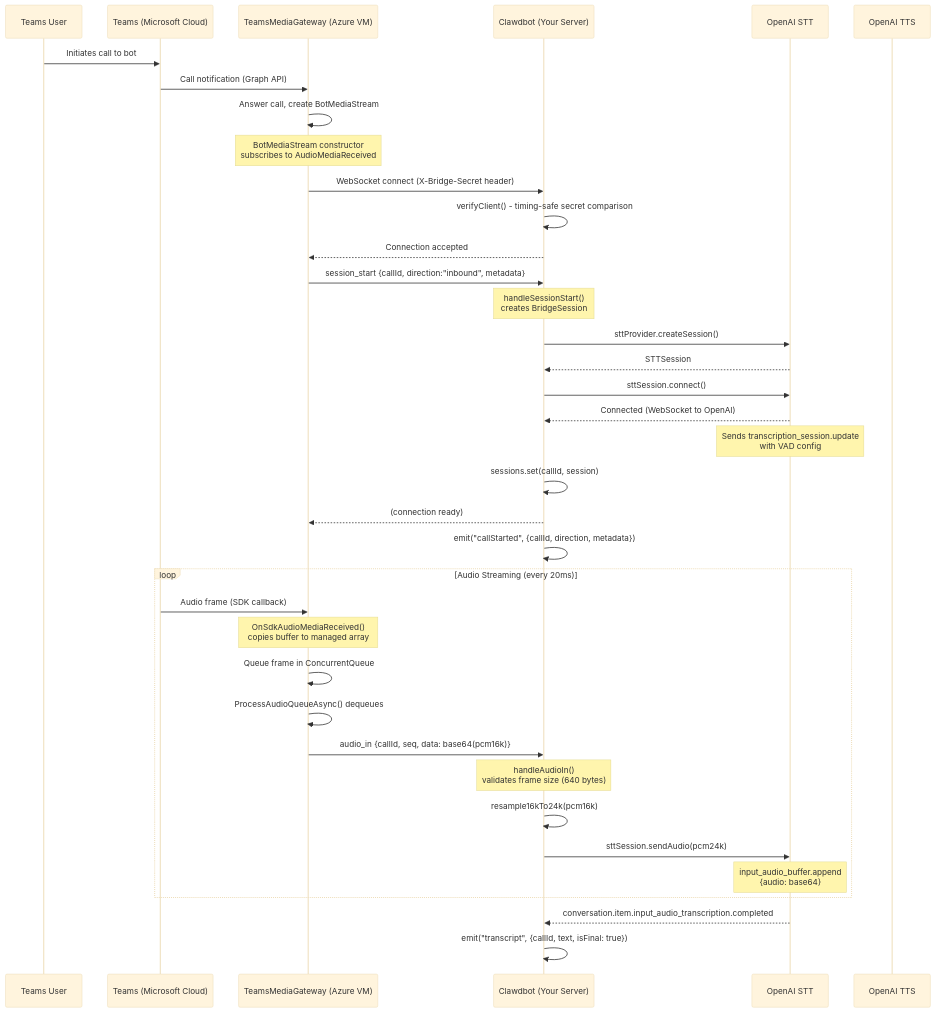
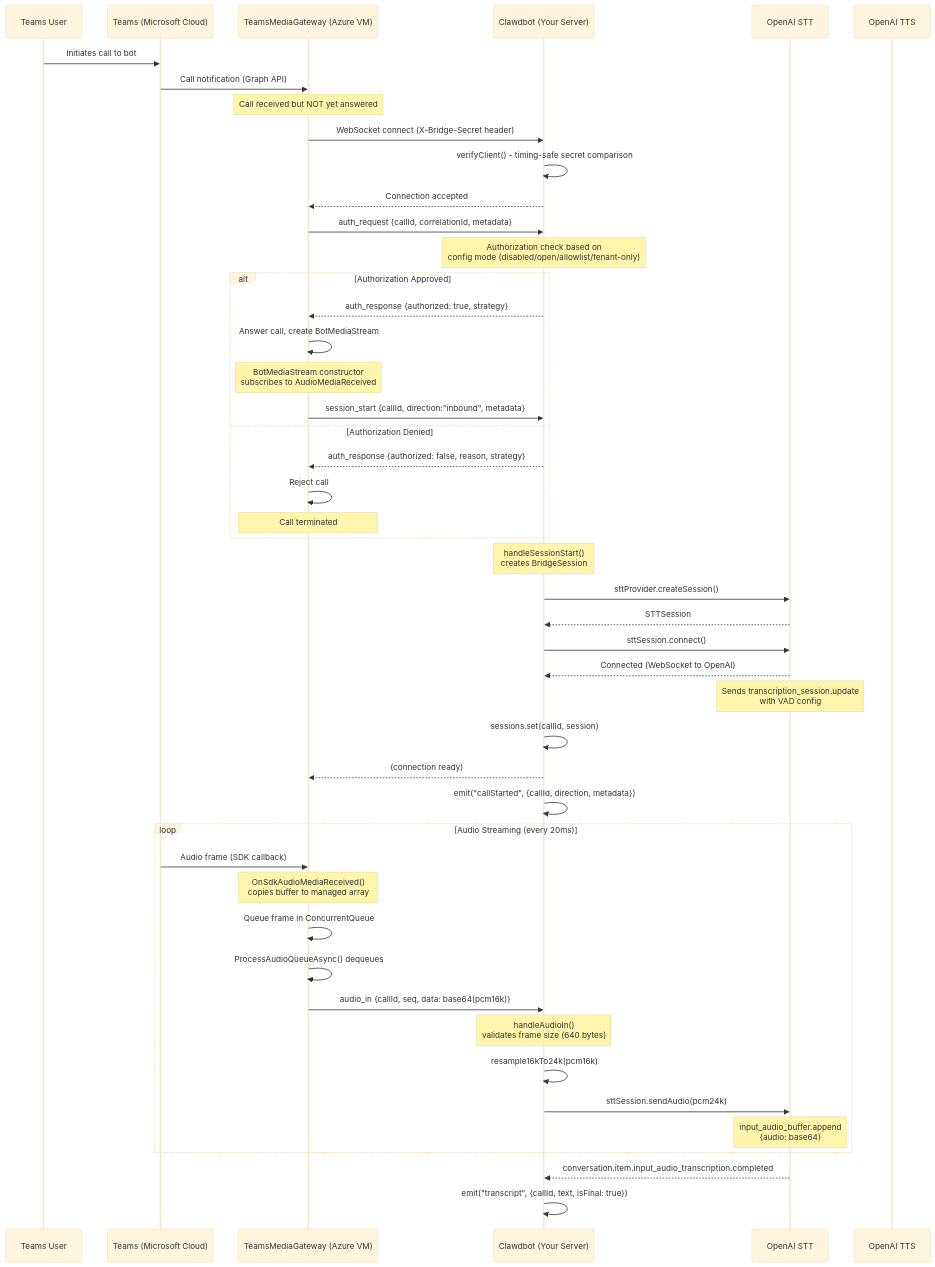
Before and after one commit to Evizero/clawdbot: the first of 4 diagrams in extensions/msteams-call/README.md, drawn with Mermaid (base theme). The commit also changed other lines of this file and 6 other files, not shown here.

First line of the commit message:
feat(msteams-call): handle call authorization from gateway

````diff
--- a/extensions/msteams-call/README.md
+++ b/extensions/msteams-call/README.md
@@ -161,54 +164,68 @@
 ```mermaid
 sequenceDiagram
     participant User as Teams User
     participant Teams as Teams (Microsoft Cloud)
     participant Gateway as TeamsMediaGateway (Azure VM)
     participant Bridge as Clawdbot (Your Server)
     participant STT as OpenAI STT
     participant TTS as OpenAI TTS
 
     User->>Teams: Initiates call to bot
     Teams->>Gateway: Call notification (Graph API)
-    Gateway->>Gateway: Answer call, create BotMediaStream
 
-    Note over Gateway: BotMediaStream constructor<br/>subscribes to AudioMediaReceived
+    Note over Gateway: Call received but NOT yet answered
 
     Gateway->>Bridge: WebSocket connect (X-Bridge-Secret header)
     Bridge->>Bridge: verifyClient() - timing-safe secret comparison
     Bridge-->>Gateway: Connection accepted
 
-    Gateway->>Bridge: session_start {callId, direction:"inbound", metadata}
+    Gateway->>Bridge: auth_request {callId, correlationId, metadata}
+
+    Note over Bridge: Authorization check based on<br/>config mode (disabled/open/allowlist/tenant-only)
+
+    alt Authorization Approved
+        Bridge-->>Gateway: auth_response {authorized: true, strategy}
+        Gateway->>Gateway: Answer call, create BotMediaStream
+
+        Note over Gateway: BotMediaStream constructor<br/>subscribes to AudioMediaReceived
+
+        Gateway->>Bridge: session_start {callId, direction:"inbound", metadata}
+    else Authorization Denied
+        Bridge-->>Gateway: auth_response {authorized: false, reason, strategy}
+        Gateway->>Gateway: Reject call
+        Note over Gateway: Call terminated
+    end
 
     Note over Bridge: handleSessionStart()<br/>creates BridgeSession
 
     Bridge->>STT: sttProvider.createSession()
     STT-->>Bridge: STTSession
     Bridge->>STT: sttSession.connect()
     STT-->>Bridge: Connected (WebSocket to OpenAI)
 
     Note over STT: Sends transcription_session.update<br/>with VAD config
 
     Bridge->>Bridge: sessions.set(callId, session)
     Bridge-->>Gateway: (connection ready)
     Bridge->>Bridge: emit("callStarted", {callId, direction, metadata})
 
     loop Audio Streaming (every 20ms)
         Teams->>Gateway: Audio frame (SDK callback)
 
         Note over Gateway: OnSdkAudioMediaReceived()<br/>copies buffer to managed array
 
         Gateway->>Gateway: Queue frame in ConcurrentQueue
         Gateway->>Gateway: ProcessAudioQueueAsync() dequeues
         Gateway->>Bridge: audio_in {callId, seq, data: base64(pcm16k)}
 
         Note over Bridge: handleAudioIn()<br/>validates frame size (640 bytes)
 
         Bridge->>Bridge: resample16kTo24k(pcm16k)
         Bridge->>STT: sttSession.sendAudio(pcm24k)
 
         Note over STT: input_audio_buffer.append<br/>{audio: base64}
     end
 
     STT-->>Bridge: conversation.item.input_audio_transcription.completed
     Bridge->>Bridge: emit("transcript", {callId, text, isFinal: true})
 ```
````
